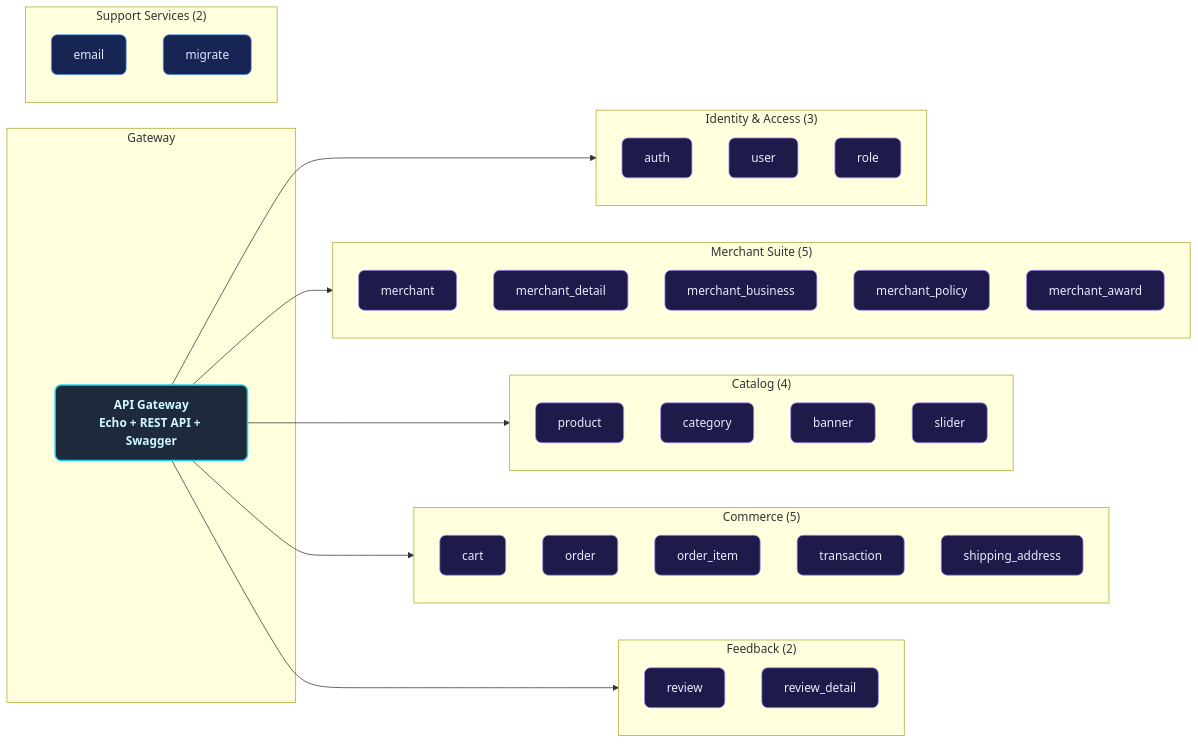
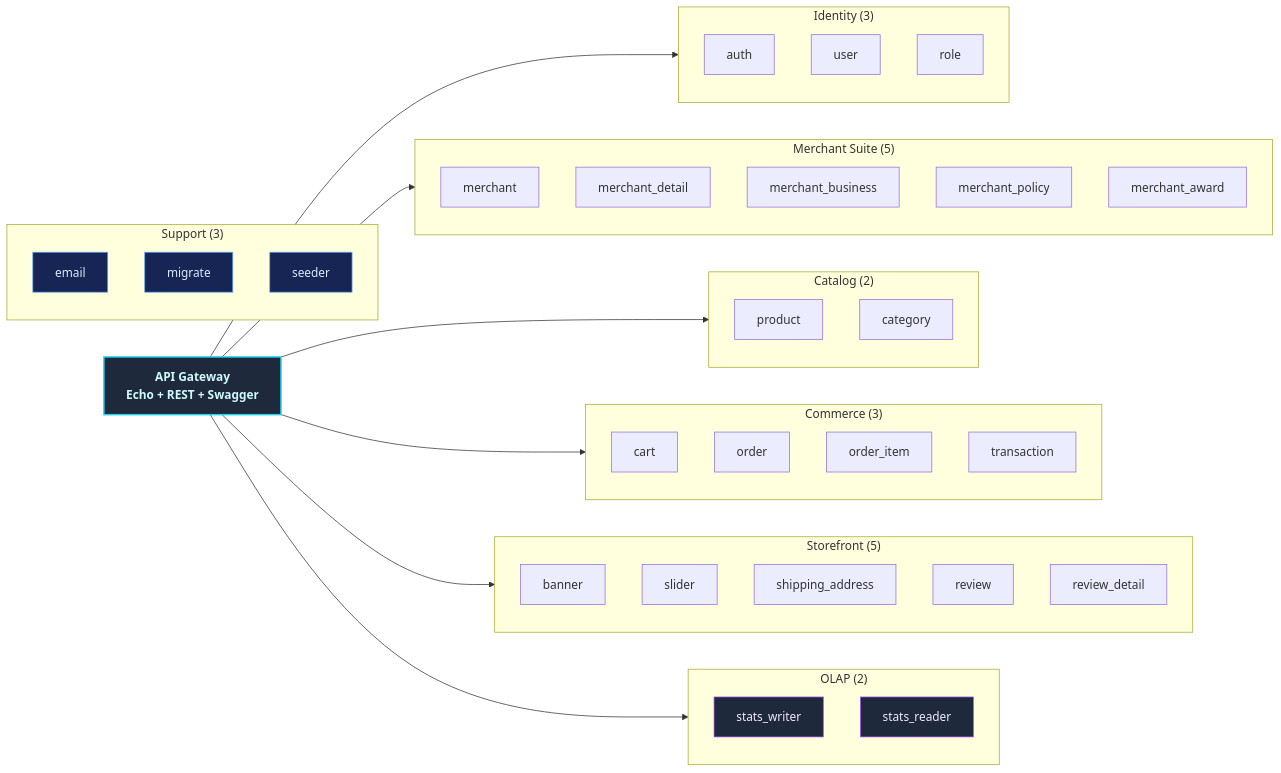
Before and after one commit to MamangRust/microservice-ecommerce-gorm: the second of 14 diagrams in README.md, drawn with Mermaid. The commit also changed other lines of this file and 1098 other files, not shown here.

````diff
--- a/README.md
+++ b/README.md
@@ -149,55 +275,61 @@
 ```mermaid
 graph LR
-    classDef svc fill:#1e1b4b,stroke:#a78bfa,color:#ede9fe,stroke-width:1px,rx:8
-    classDef gw fill:#1e293b,stroke:#22d3ee,color:#cffafe,stroke-width:2px,rx:8,font-weight:bold
-    classDef support fill:#172554,stroke:#60a5fa,color:#dbeafe,stroke-width:1px,rx:8
+    classDef svc fill:#1e1b4b,stroke:#a78bfa,color:#ede9fe,stroke-width:1px
+    classDef gw fill:#1e293b,stroke:#22d3ee,color:#cffafe,stroke-width:2px,font-weight:bold
+    classDef support fill:#172554,stroke:#60a5fa,color:#dbeafe,stroke-width:1px
+    classDef olap fill:#1e293b,stroke:#a855f7,color:#f3e8ff,stroke-width:1px
 
-    subgraph Gateway
-        API["API Gateway<br/>Echo + REST API + Swagger"]:::gw
-    end
+    API["API Gateway<br/>Echo + REST + Swagger"]:::gw
 
-    subgraph Identity["Identity & Access (3)"]
-        A1["auth"]:::svc
-        A2["user"]:::svc
-        A3["role"]:::svc
+    subgraph Identity["Identity (3)"]
+        A1["auth"]
+        A2["user"]
+        A3["role"]
     end
 
     subgraph Merchant["Merchant Suite (5)"]
-        M1["merchant"]:::svc
-        M2["merchant_detail"]:::svc
-        M3["merchant_business"]:::svc
-        M4["merchant_policy"]:::svc
-        M5["merchant_award"]:::svc
+        M1["merchant"]
+        M2["merchant_detail"]
+        M3["merchant_business"]
+        M4["merchant_policy"]
+        M5["merchant_award"]
     end
 
-    subgraph Catalog["Catalog (4)"]
-        C1["product"]:::svc
-        C2["category"]:::svc
-        C3["banner"]:::svc
-        C4["slider"]:::svc
+    subgraph Catalog["Catalog (2)"]
+        C1["product"]
+        C2["category"]
     end
 
-    subgraph Commerce["Commerce (5)"]
-        O1["cart"]:::svc
-        O2["order"]:::svc
-        O3["order_item"]:::svc
-        O4["transaction"]:::svc
-        O5["shipping_address"]:::svc
+    subgraph Commerce["Commerce (3)"]
+        O1["cart"]
+        O2["order"]
+        O3["order_item"]
+        O4["transaction"]
     end
 
-    subgraph Feedback["Feedback (2)"]
-        R1["review"]:::svc
-        R2["review_detail"]:::svc
+    subgraph Experience["Storefront (5)"]
+        X1["banner"]
+        X2["slider"]
+        X3["shipping_address"]
+        X4["review"]
+        X5["review_detail"]
     end
 
-    subgraph Support["Support Services (2)"]
-        S1["email"]:::support
-        S2["migrate"]:::support
+    subgraph OLAP["OLAP (2)"]
+        S1["stats_writer"]:::olap
+        S2["stats_reader"]:::olap
+    end
+
+    subgraph Support["Support (3)"]
+        T1["email"]:::support
+        T2["migrate"]:::support
+        T3["seeder"]:::support
     end
 
     API --> Identity
     API --> Merchant
     API --> Catalog
     API --> Commerce
-    API --> Feedback
+    API --> Experience
+    API --> OLAP
 ```
````
